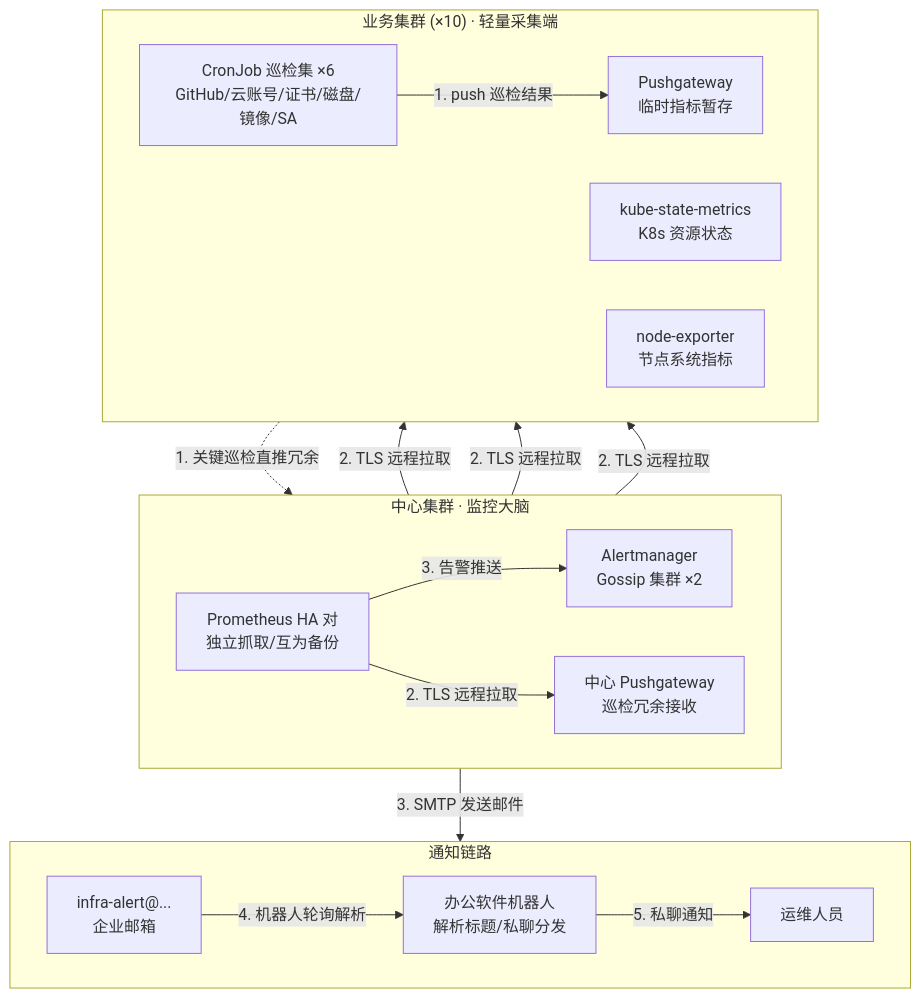
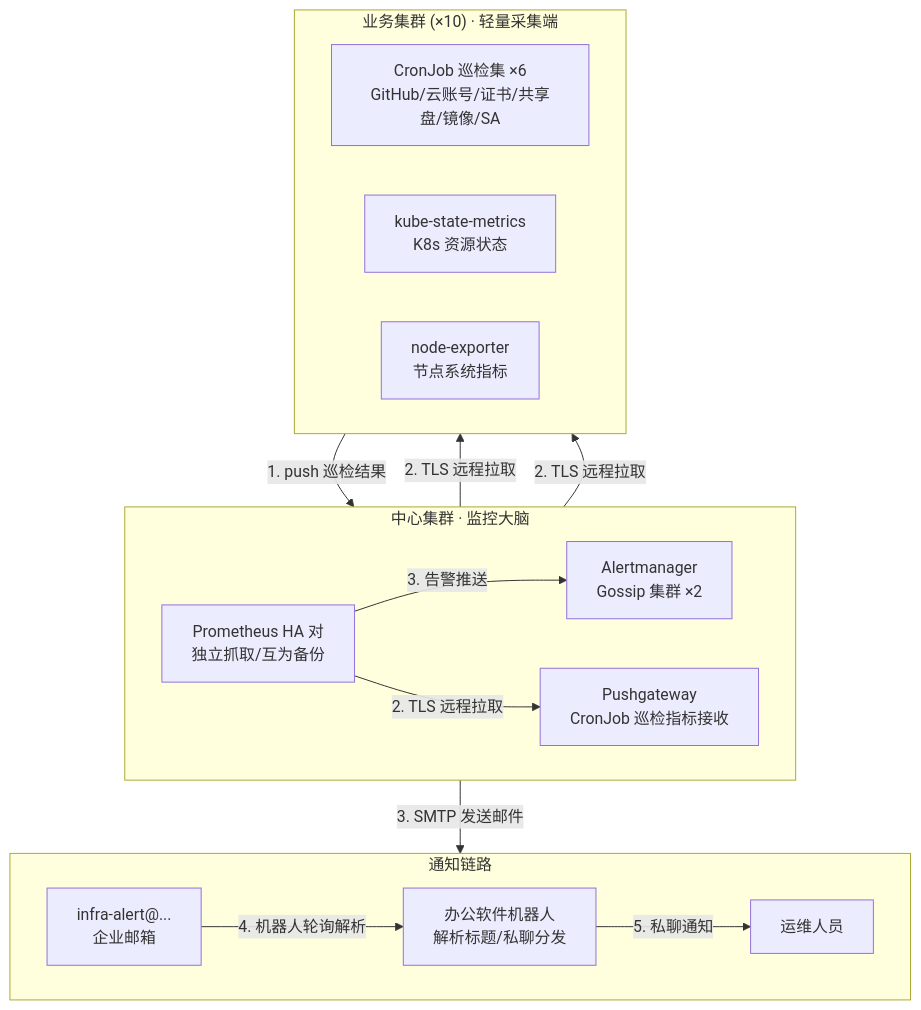
The first of 3 diagrams in Architecture Design/#1 Architecture Design Specification.md (KadenZhang3321/CI_stable), drawn with Mermaid before and after one commit. The commit also changed other lines of this file, not shown here.

Commit message:
Simplify architecture: remove per-cluster Pushgateway, CronJob pushes directly to center

````diff
--- a/Architecture Design/#1 Architecture Design Specification.md
+++ b/Architecture Design/#1 Architecture Design Specification.md
@@ -36,35 +36,32 @@
 ```mermaid
 graph TB
     subgraph "通知链路"
         direction LR
         Staff["运维人员"]
         BOT["办公软件机器人<br/>解析标题/私聊分发"]
         Mailbox["infra-alert@...<br/>企业邮箱"]
     end
 
     subgraph "中心集群 · 监控大脑"
         direction LR
         AM["Alertmanager<br/>Gossip 集群 ×2"]
         Prom["Prometheus HA 对<br/>独立抓取/互为备份"]
-        CPG["中心 Pushgateway<br/>巡检冗余接收"]
+        CPG["Pushgateway<br/>CronJob 巡检指标接收"]
     end
 
     subgraph "业务集群 (×10) · 轻量采集端"
         direction LR
-        CJ["CronJob 巡检集 ×6<br/>GitHub/云账号/证书/磁盘/镜像/SA"]
-        PG["Pushgateway<br/>临时指标暂存"]
+        CJ["CronJob 巡检集 ×6<br/>GitHub/云账号/证书/共享盘/镜像/SA"]
         KSM["kube-state-metrics<br/>K8s 资源状态"]
         NE["node-exporter<br/>节点系统指标"]
     end
 
-    CJ -->|1. push 巡检结果| PG
-    CJ -.->|1. 关键巡检直推冗余| CPG
+    CJ -->|1. push 巡检结果| CPG
     Prom -->|2. TLS 远程拉取| KSM
     Prom -->|2. TLS 远程拉取| NE
-    Prom -->|2. TLS 远程拉取| PG
     Prom -->|2. TLS 远程拉取| CPG
     Prom -->|3. 告警推送| AM
     AM -->|3. SMTP 发送邮件| Mailbox
     Mailbox -->|4. 机器人轮询解析| BOT
     BOT -->|5. 私聊通知| Staff
 ```
````
